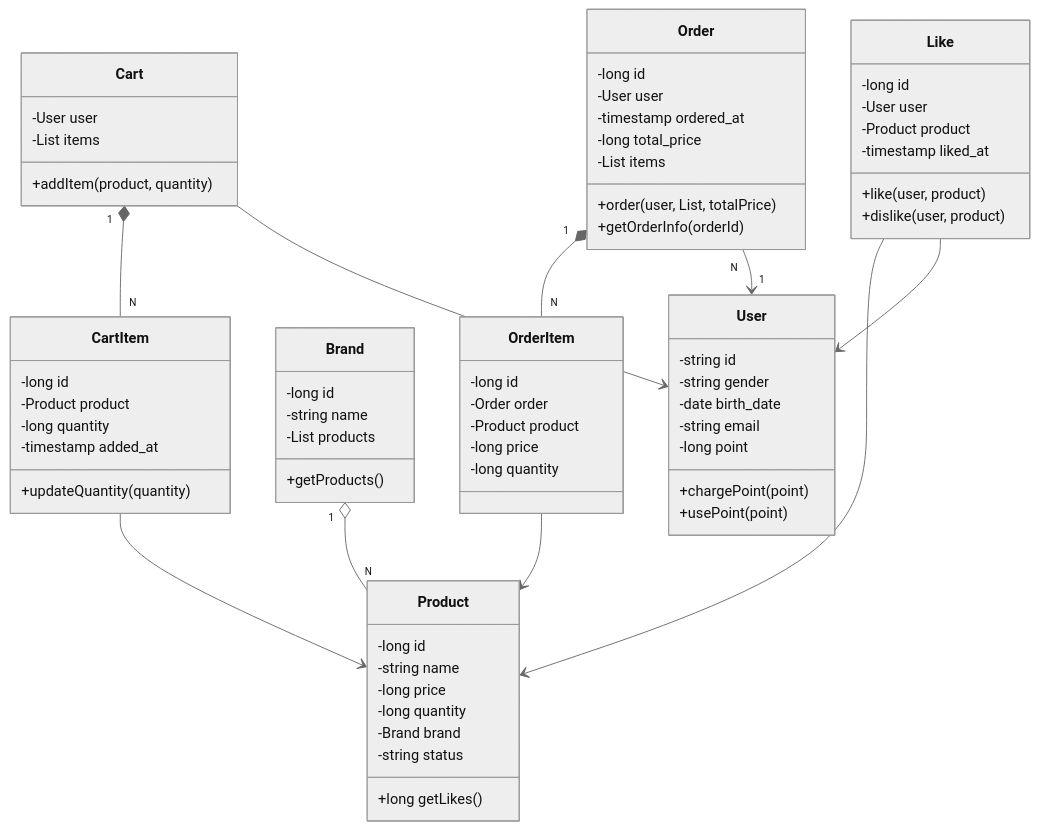
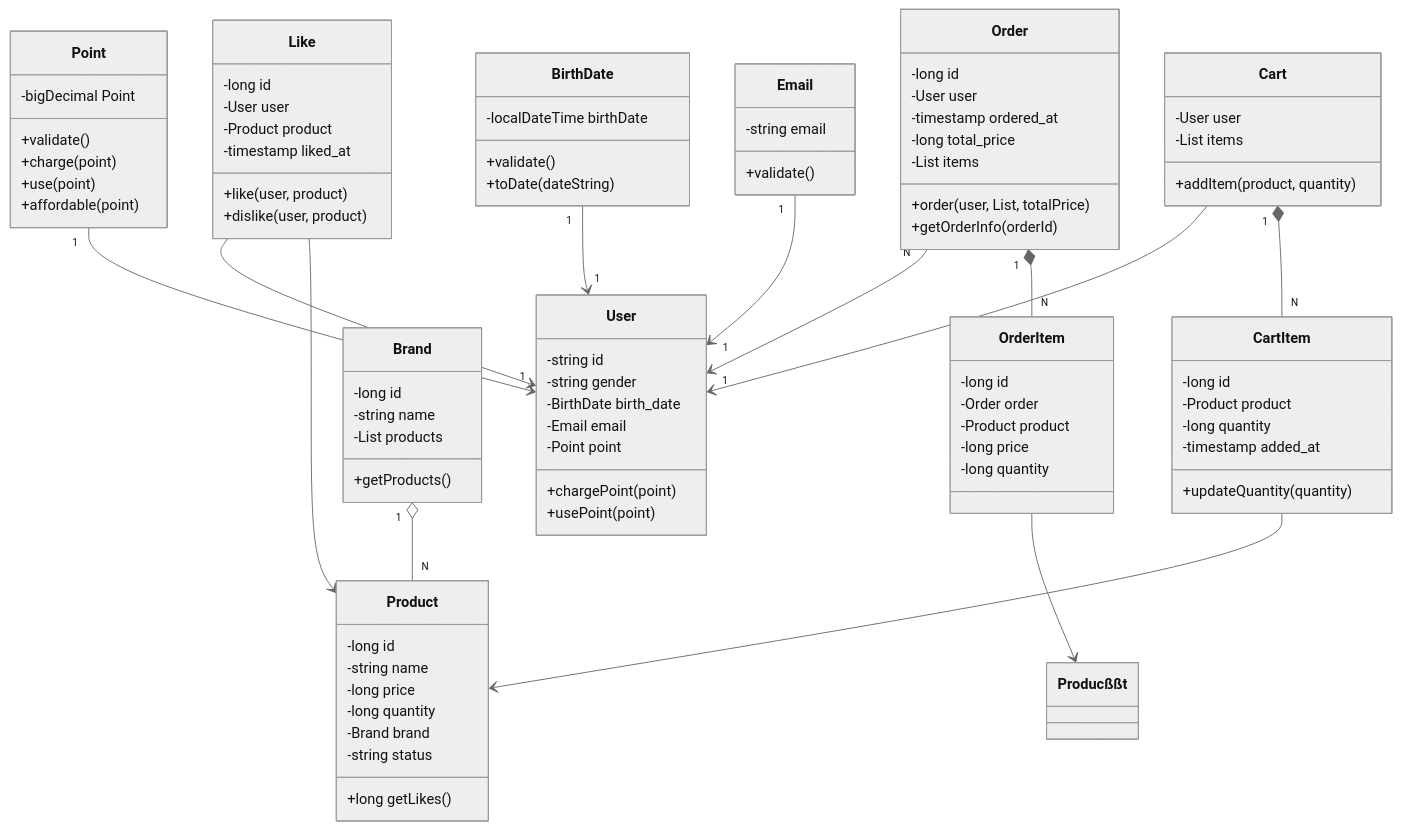
Before and after one commit to soyeonnnb/loopers-java-template: the diagram in docs/design/03-class-diagram.md, drawn with Mermaid (neutral theme). The commit also changed 2 other files, not shown here.

Commit message:
docs: 클래스 다이어그램에 User VO 추가

````diff
--- a/docs/design/03-class-diagram.md
+++ b/docs/design/03-class-diagram.md
@@ -1,12 +1,27 @@
 ```mermaid
 classDiagram
-
+	class Email {
+		-string email
+		+validate()
+	}
+	class BirthDate {
+		-localDateTime birthDate
+		+validate()
+		+toDate(dateString)
+	}
+	class Point {
+		-bigDecimal Point
+		+validate()
+		+charge(point)
+		+use(point)
+		+affordable(point)
+	}
 	class User {
 		-string id
 		-string gender
-		-date birth_date
-		-string email
-		-long point
+		-BirthDate birth_date
+		-Email email
+		-Point point
 		+chargePoint(point)
 		+usePoint(point)
 	}
@@ -76,8 +91,11 @@
 	Cart --> User
 
 	%% Order
+	Email "1" --> "1" User
+	BirthDate "1" --> "1" User
+	Point "1" --> "1" User
 	Order "1" *-- "N" OrderItem
-	OrderItem --> Product
+	OrderItem --> Producßßt
 	Order "N" --> "1" User
 
 	%% Like
````
